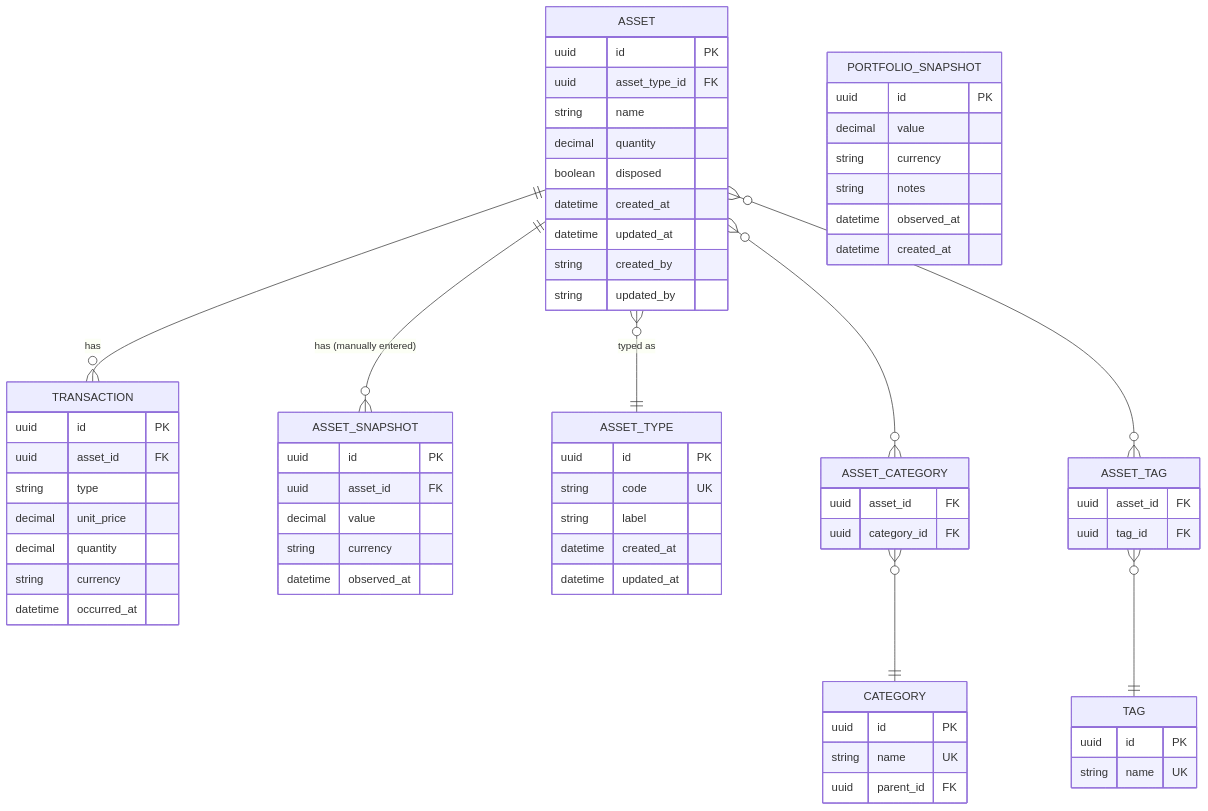
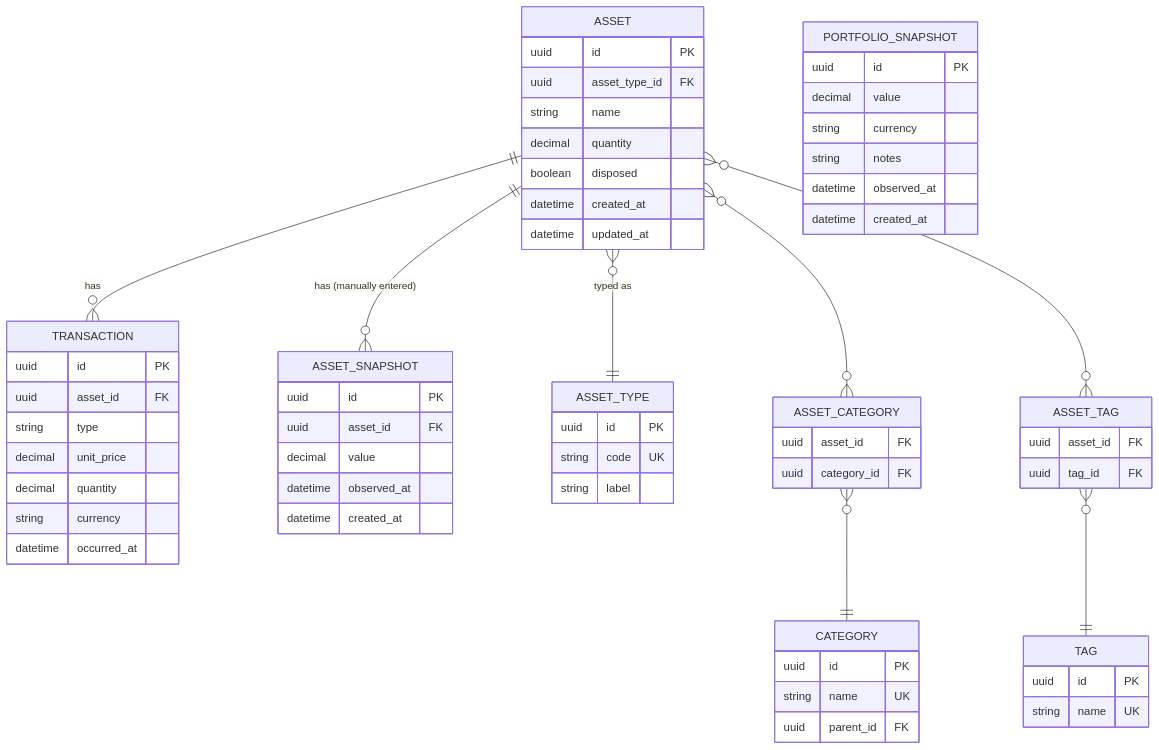
One commit to fducat18/strata changed the first of 2 diagrams in docs/src/content/docs/datamodel.md. Above: the diagram before and after it, drawn with Mermaid. The commit also changed 89 other files, not shown here.

First line of the commit message:
FE: fix toaster, theme key, allocation chart, backup invalidation, asset detail refactor, dead code, error states

````diff
--- a/docs/src/content/docs/datamodel.md
+++ b/docs/src/content/docs/datamodel.md
@@ -9,78 +9,74 @@
 ```mermaid
 erDiagram
     ASSET ||--o{ TRANSACTION : has
     ASSET ||--o{ ASSET_SNAPSHOT : "has (manually entered)"
     ASSET }o--|| ASSET_TYPE : "typed as"
     ASSET }o--o{ ASSET_CATEGORY : ""
     ASSET_CATEGORY }o--|| CATEGORY : ""
     ASSET }o--o{ ASSET_TAG : ""
     ASSET_TAG }o--|| TAG : ""
 
     PORTFOLIO_SNAPSHOT {
         uuid id PK
         decimal value
         string currency
         string notes
         datetime observed_at
         datetime created_at
     }
 
     ASSET {
         uuid id PK
         uuid asset_type_id FK
         string name
         decimal quantity
         boolean disposed
         datetime created_at
         datetime updated_at
-        string created_by
-        string updated_by
     }
 
     ASSET_SNAPSHOT {
         uuid id PK
         uuid asset_id FK
         decimal value
-        string currency
         datetime observed_at
+        datetime created_at
     }
 
     TRANSACTION {
         uuid id PK
         uuid asset_id FK
         string type
         decimal unit_price
         decimal quantity
         string currency
         datetime occurred_at
     }
 
     ASSET_TYPE {
         uuid id PK
         string code UK
         string label
-        datetime created_at
-        datetime updated_at
     }
 
     CATEGORY {
         uuid id PK
         string name UK
         uuid parent_id FK
     }
 
     TAG {
         uuid id PK
         string name UK
     }
 
     ASSET_CATEGORY {
         uuid asset_id FK
         uuid category_id FK
     }
 
     ASSET_TAG {
         uuid asset_id FK
         uuid tag_id FK
     }
 ```
````
